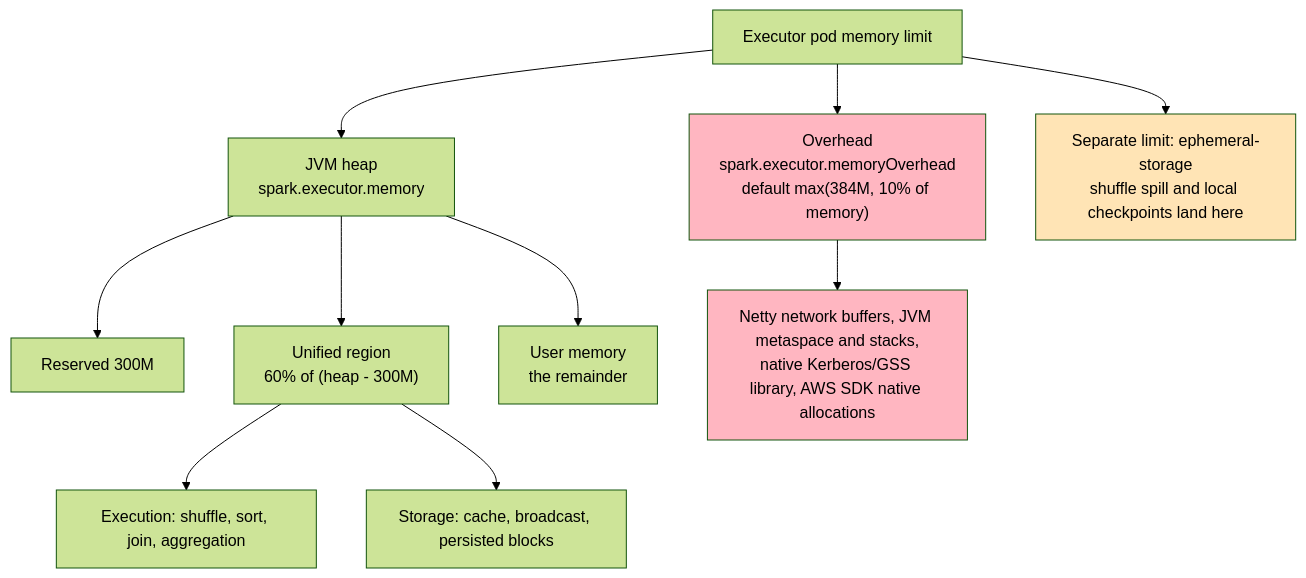
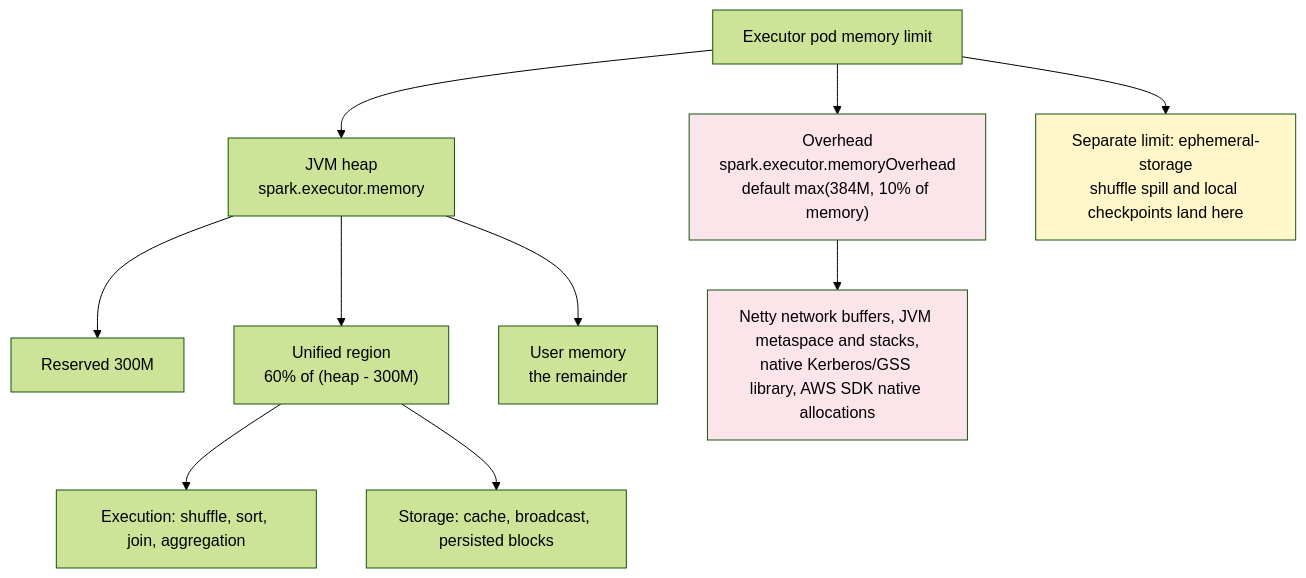
The second of 4 diagrams in LLD/SystemDesign/IntheWild/HowWeRanSparkOnKubernetes.md (cartmancodes/InterviewVault), drawn with Mermaid (forest theme) before and after one commit. The commit also changed other lines of this file and 679 other files, not shown here.

Commit message:
Unify content diagrams and add accessible visual walkthroughs

````diff
--- a/LLD/SystemDesign/IntheWild/HowWeRanSparkOnKubernetes.md
+++ b/LLD/SystemDesign/IntheWild/HowWeRanSparkOnKubernetes.md
@@ -275,17 +275,17 @@
 ```mermaid
 flowchart TB
     P["Executor pod memory limit"] --> H["JVM heap<br/>spark.executor.memory"]
     P --> O["Overhead<br/>spark.executor.memoryOverhead<br/>default max(384M, 10% of memory)"]
     H --> R["Reserved 300M"]
     H --> U["Unified region<br/>60% of (heap - 300M)"]
     H --> X["User memory<br/>the remainder"]
     U --> EX["Execution: shuffle, sort, join, aggregation"]
     U --> ST["Storage: cache, broadcast, persisted blocks"]
     O --> N["Netty network buffers, JVM metaspace and stacks,<br/>native Kerberos/GSS library, AWS SDK native allocations"]
     P --> ES["Separate limit: ephemeral-storage<br/>shuffle spill and local checkpoints land here"]
 
-    classDef bad fill:#FFB6C1
-    classDef warn fill:#FFE4B5
+    classDef bad fill:#FCE5EA
+    classDef warn fill:#FFF6C9
     class O,N bad
     class ES warn
 ```
````
